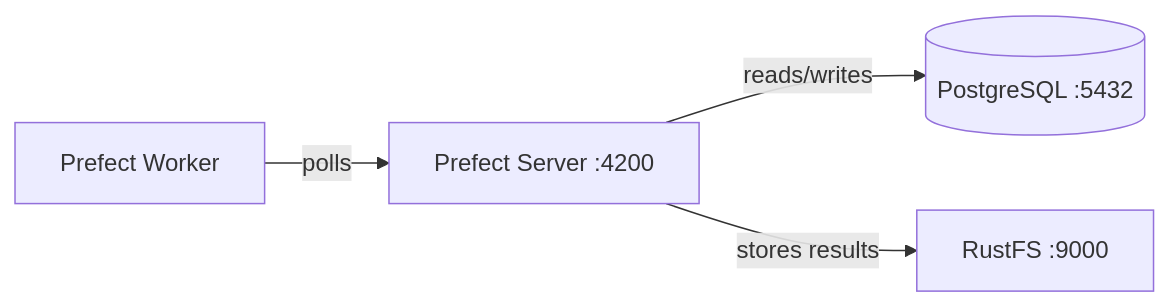
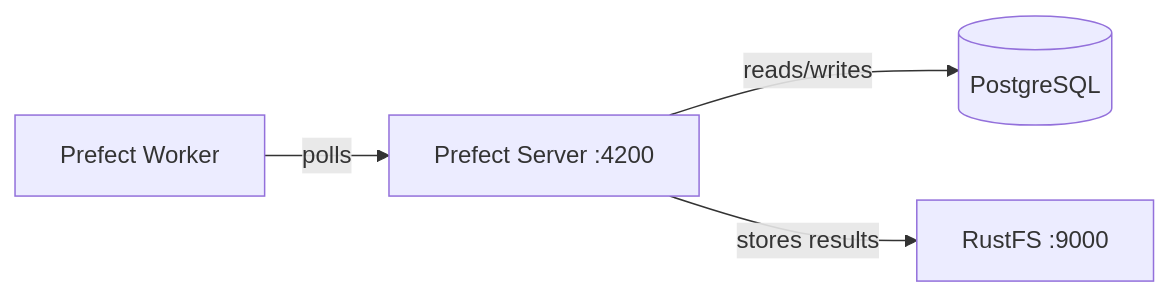
One commit to mortenoh/prefect-examples changed the diagram in docs/infrastructure.md. Above: the diagram before and after it, drawn with Mermaid. The commit also changed other lines of this file and 10 other files, not shown here.

````diff
--- a/docs/infrastructure.md
+++ b/docs/infrastructure.md
@@ -24,6 +25,6 @@
 ```mermaid
 graph LR
     W[Prefect Worker] -->|polls| S[Prefect Server :4200]
-    S -->|reads/writes| P[(PostgreSQL :5432)]
+    S -->|reads/writes| P[(PostgreSQL)]
     S -->|stores results| R[RustFS :9000]
 ```
````
